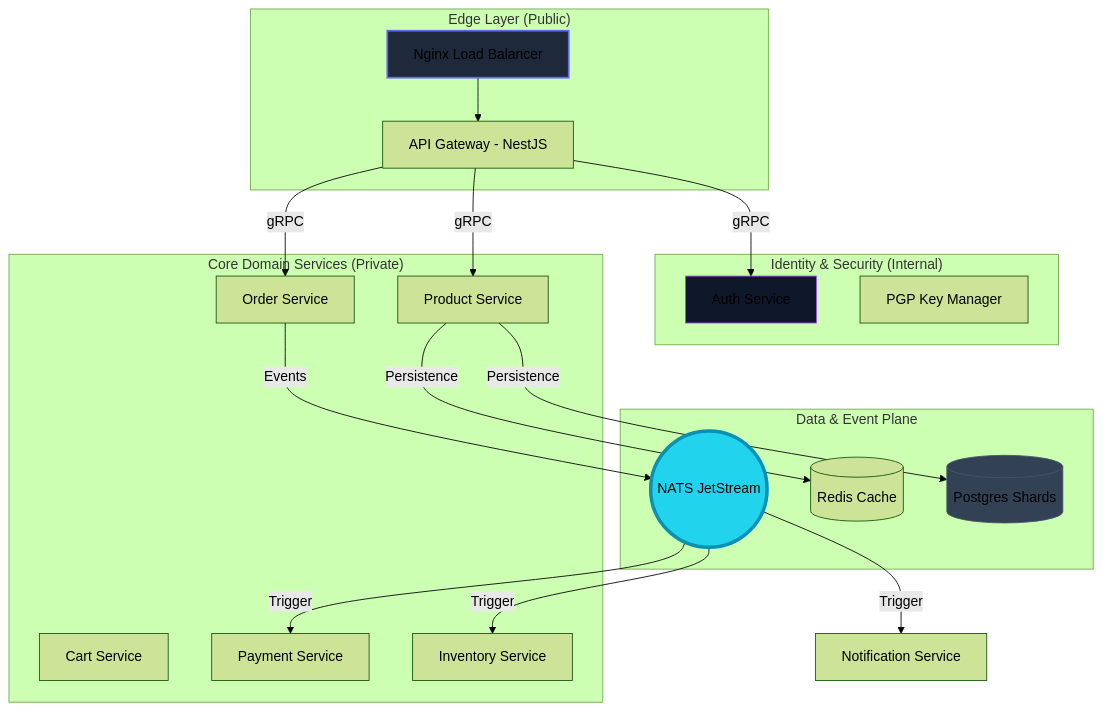
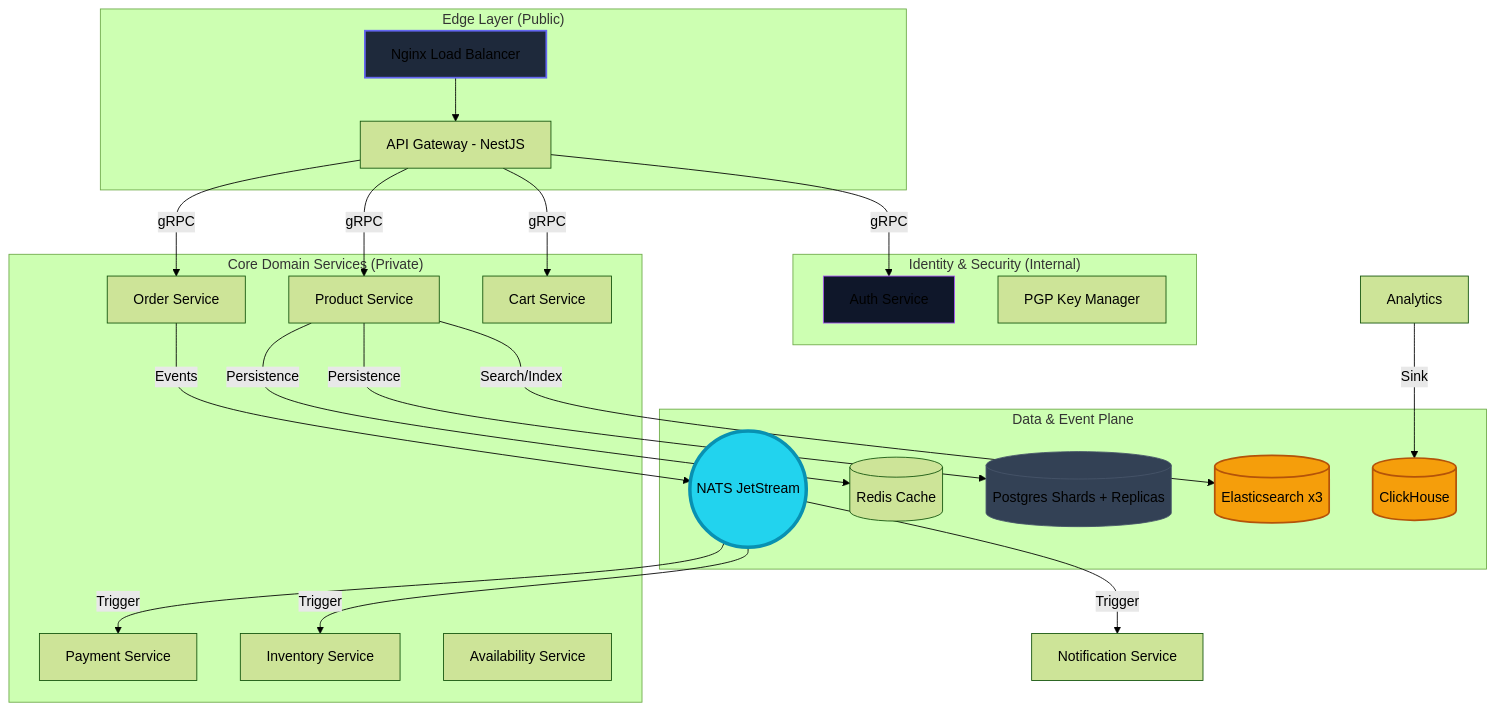
Before and after one commit to RajdeepDevelopment/skyline-shop-commerceos-microservices: the first of 4 diagrams in docs/PROJECT_WIKI.md, drawn with Mermaid (forest theme). The commit also changed other lines of this file and 47 other files, not shown here.

````diff
--- a/docs/PROJECT_WIKI.md
+++ b/docs/PROJECT_WIKI.md
@@ -37,44 +52,52 @@
 ```mermaid
 graph TD
     subgraph "Edge Layer (Public)"
         LB[Nginx Load Balancer]
         GW[API Gateway - NestJS]
     end
 
     subgraph "Identity & Security (Internal)"
         Auth[Auth Service]
         PMG[PGP Key Manager]
     end
 
     subgraph "Core Domain Services (Private)"
         Order[Order Service]
         Product[Product Service]
         Cart[Cart Service]
         Payment[Payment Service]
         Inv[Inventory Service]
+        Avail[Availability Service]
     end
 
     subgraph "Data & Event Plane"
         NATS((NATS JetStream))
         Redis[(Redis Cache)]
-        PGS[(Postgres Shards)]
+        PGS[(Postgres Shards + Replicas)]
+        ES[(Elasticsearch x3)]
+        CH[(ClickHouse)]
     end
 
     LB --> GW
     GW -- gRPC --> Auth
     GW -- gRPC --> Order
     GW -- gRPC --> Product
+    GW -- gRPC --> Cart
 
     Order -- Events --> NATS
+    Product -- Search/Index --> ES
     Product -- Persistence --> Redis
     Product -- Persistence --> PGS
+    Analytics -- Sink --> CH
 
     NATS -- Trigger --> Payment
     NATS -- Trigger --> Inv
     NATS -- Trigger --> Notif[Notification Service]
 
     style NATS fill:#22d3ee,stroke:#0891b2,stroke-width:4px
+    style ES fill:#f59e0b,stroke:#b45309,stroke-width:2px
+    style CH fill:#f59e0b,stroke:#b45309,stroke-width:2px
     style LB fill:#1e293b,stroke:#6366f1,stroke-width:2px
     style Auth fill:#0f172a,stroke:#a855f7
     style PGS fill:#334155,stroke:#475569
 ```
````
